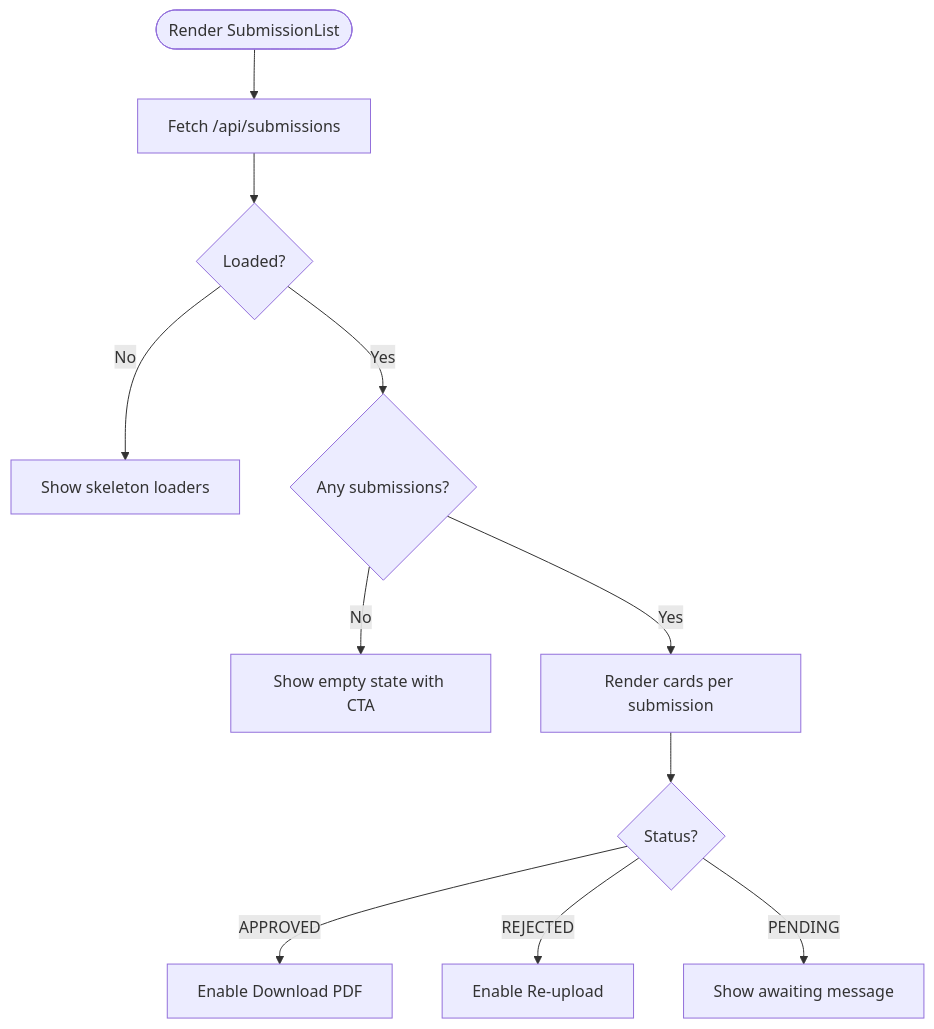
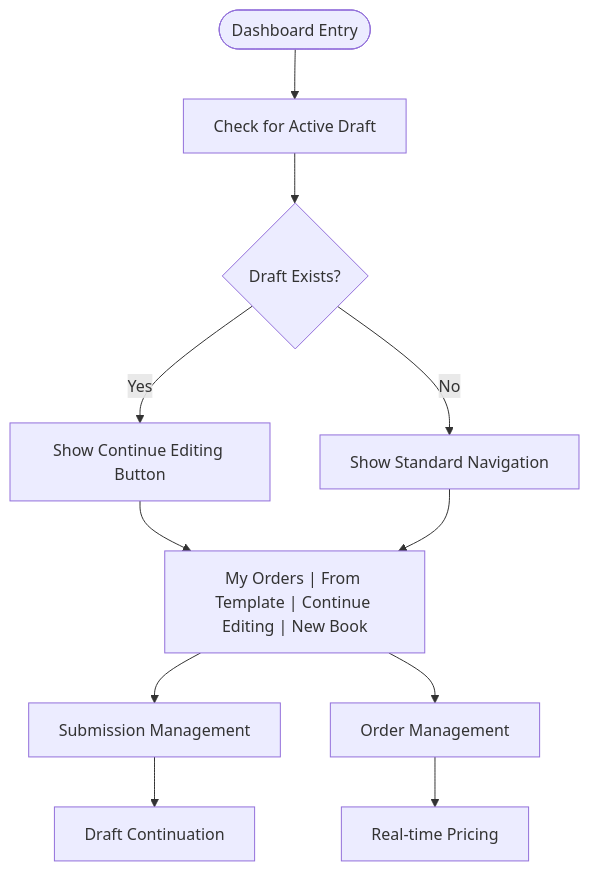
One commit to Crowdspender/titchybooks-app changed the third of 9 diagrams in .qoder/repowiki/en/content/User Dashboard/User Dashboard.md. Above: the diagram before and after it, drawn with Mermaid. The commit also changed other lines of this file and 62 other files, not shown here.

````diff
--- a/.qoder/repowiki/en/content/User Dashboard/User Dashboard.md
+++ b/.qoder/repowiki/en/content/User Dashboard/User Dashboard.md
@@ -194,13 +183,13 @@
 ```mermaid
 flowchart TD
-Start(["Render SubmissionList"]) --> Fetch["Fetch /api/submissions"]
-Fetch --> Loaded{"Loaded?"}
-Loaded --> |No| Loading["Show skeleton loaders"]
-Loaded --> |Yes| Empty{"Any submissions?"}
-Empty --> |No| EmptyState["Show empty state with CTA"]
-Empty --> |Yes| Cards["Render cards per submission"]
-Cards --> Actions{"Status?"}
-Actions --> |APPROVED| Download["Enable Download PDF"]
-Actions --> |REJECTED| Reupload["Enable Re-upload"]
-Actions --> |PENDING| Pending["Show awaiting message"]
+Start(["Dashboard Entry"]) --> DraftCheck["Check for Active Draft"]
+DraftCheck --> HasDraft{"Draft Exists?"}
+HasDraft --> |Yes| ShowContinue["Show Continue Editing Button"]
+HasDraft --> |No| ShowNav["Show Standard Navigation"]
+ShowContinue --> NavOptions["My Orders | From Template | Continue Editing | New Book"]
+ShowNav --> NavOptions
+NavOptions --> SubmissionFlow["Submission Management"]
+NavOptions --> OrderFlow["Order Management"]
+SubmissionFlow --> DraftFlow["Draft Continuation"]
+OrderFlow --> PricingFlow["Real-time Pricing"]
 ```
````
